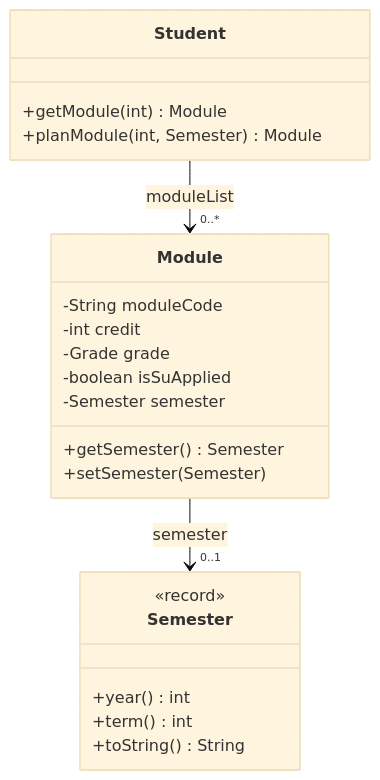
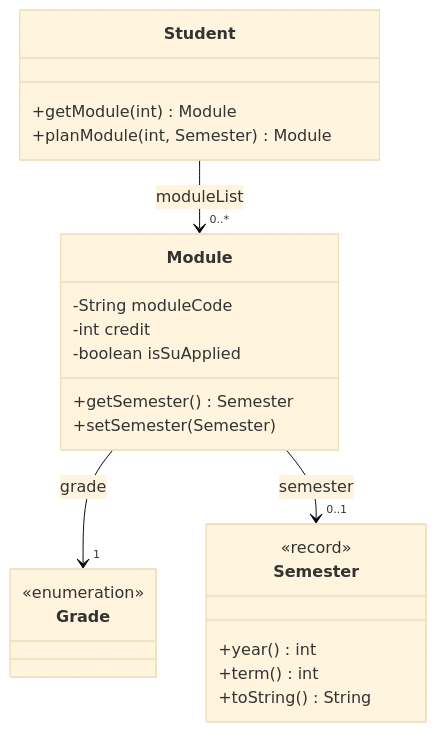
Before and after one commit to AY2627S1-CS2113-T11-2/tp: the seventh of 10 diagrams in docs/DeveloperGuide.md, drawn with Mermaid (base theme). The commit also changed other lines of this file, not shown here.

Commit message:
Fix diagram notation and layout in the Developer Guide

````diff
--- a/docs/DeveloperGuide.md
+++ b/docs/DeveloperGuide.md
@@ -326,25 +328,27 @@
 ```mermaid
 classDiagram
-    class Student {
-        +getModule(int) Module
-        +planModule(int, Semester) Module
-    }
-    class Module {
-        -String moduleCode
-        -int credit
-        -Grade grade
-        -boolean isSuApplied
-        -Semester semester
-        +getSemester() Semester
-        +setSemester(Semester)
-    }
-    class Semester {
-        <<record>>
-        +year() int
-        +term() int
-        +toString() String
-    }
+  class Student {
+    +getModule(int) Module
+    +planModule(int, Semester) Module
+  }
+  class Module {
+    -String moduleCode
+    -int credit
+    -boolean isSuApplied
+    +getSemester() Semester
+    +setSemester(Semester)
+  }
+  class Semester {
+    <<record>>
+    +year() int
+    +term() int
+    +toString() String
+  }
+  class Grade {
+    <<enumeration>>
+  }
 
-    Student --> "0..*" Module : moduleList
-    Module --> "0..1" Semester : semester
+  Student --> "0..*" Module : moduleList
+  Module --> "1" Grade : grade
+  Module --> "0..1" Semester : semester
 ```
````
